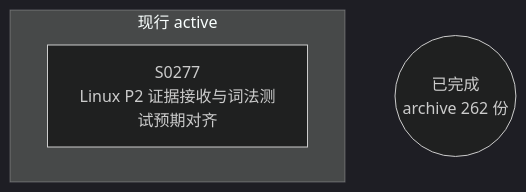
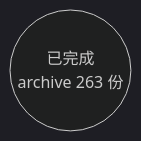
One commit to Halckon/Koven changed the diagram in docs/specs/dependency-graph.md. Above: the diagram before and after it, drawn with Mermaid (dark theme). The commit also changed other lines of this file and 117 other files, not shown here.

````diff
--- a/docs/specs/dependency-graph.md
+++ b/docs/specs/dependency-graph.md
@@ -9,7 +9,4 @@
 ```mermaid
 flowchart TD
-ARCH(("已完成<br/>archive 262 份"))
-subgraph Gactive["现行 active"]
-  S0277["S0277<br/>Linux P2 证据接收与词法测试预期对齐"]
-end
+ARCH(("已完成<br/>archive 263 份"))
 ```
````
